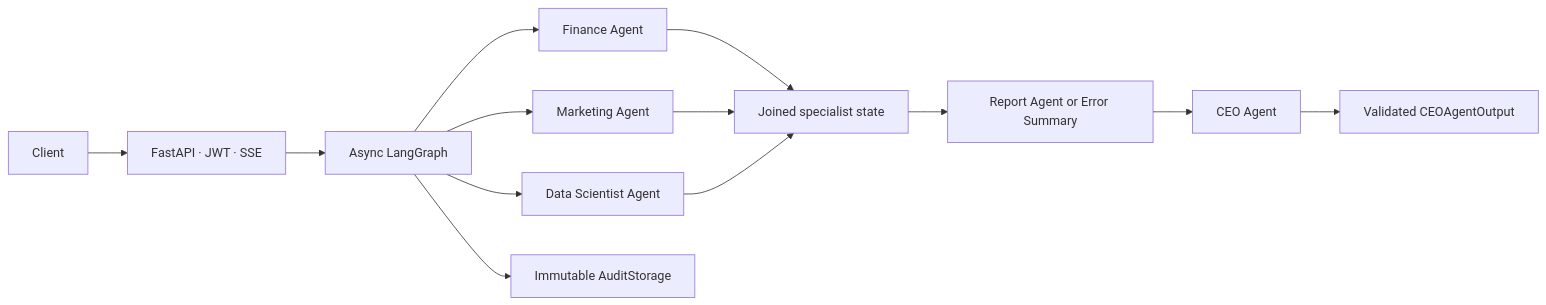
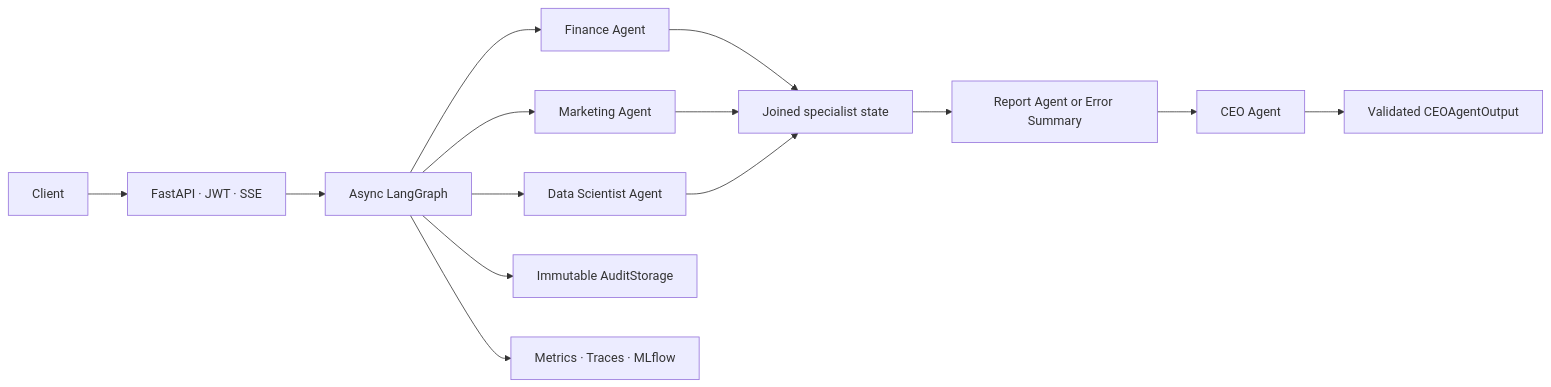
One commit to rajpatil1390/autonomous-ai-company changed the first of 2 diagrams in README.md. Above: the diagram before and after it, drawn with Mermaid. The commit also changed other lines of this file, not shown here.

````diff
--- a/README.md
+++ b/README.md
@@ -95,15 +79,16 @@
 ```mermaid
 flowchart LR
     Client["Client"] --> API["FastAPI · JWT · SSE"]
     API --> Graph["Async LangGraph"]
     Graph --> Finance["Finance Agent"]
     Graph --> Marketing["Marketing Agent"]
     Graph --> DS["Data Scientist Agent"]
     Finance --> Join["Joined specialist state"]
     Marketing --> Join
     DS --> Join
     Join --> Report["Report Agent or Error Summary"]
     Report --> CEO["CEO Agent"]
     CEO --> Response["Validated CEOAgentOutput"]
     Graph --> Audit["Immutable AuditStorage"]
+    Graph --> Observe["Metrics · Traces · MLflow"]
 ```
````
